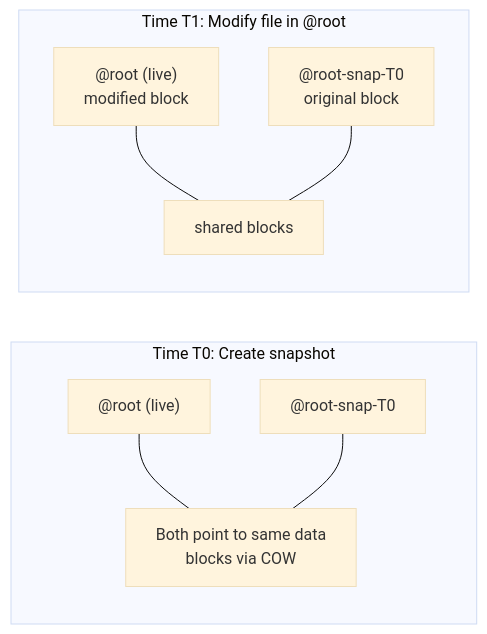
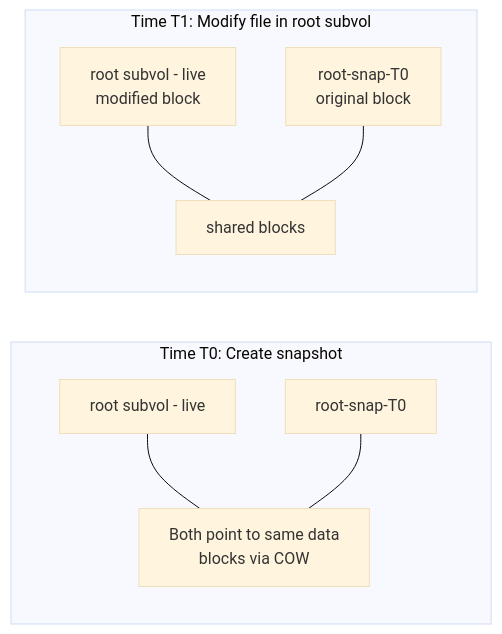
The diagram in docs/03-btrfs-snapshots.md (stars-labs/self-healing-nixos-infra), drawn with Mermaid (base theme) before and after one commit. The commit also changed 7 other files, not shown here.

First line of the commit message:
Fix Mermaid parse errors: remove @ symbols from diagram node labels

````diff
--- a/docs/03-btrfs-snapshots.md
+++ b/docs/03-btrfs-snapshots.md
@@ -14,12 +14,12 @@
 ```mermaid
 flowchart LR
     subgraph T0["Time T0: Create snapshot"]
-        A["@root (live)"] --- B["Both point to same data<br/>blocks via COW"]
-        C["@root-snap-T0"] --- B
+        A["root subvol - live"] --- B["Both point to same data<br/>blocks via COW"]
+        C["root-snap-T0"] --- B
     end
-    
-    subgraph T1["Time T1: Modify file in @root"]
-        D["@root (live)<br/>modified block"] --- E["shared blocks"]
-        F["@root-snap-T0<br/>original block"] --- E
+
+    subgraph T1["Time T1: Modify file in root subvol"]
+        D["root subvol - live<br/>modified block"] --- E["shared blocks"]
+        F["root-snap-T0<br/>original block"] --- E
     end
 ```
````
